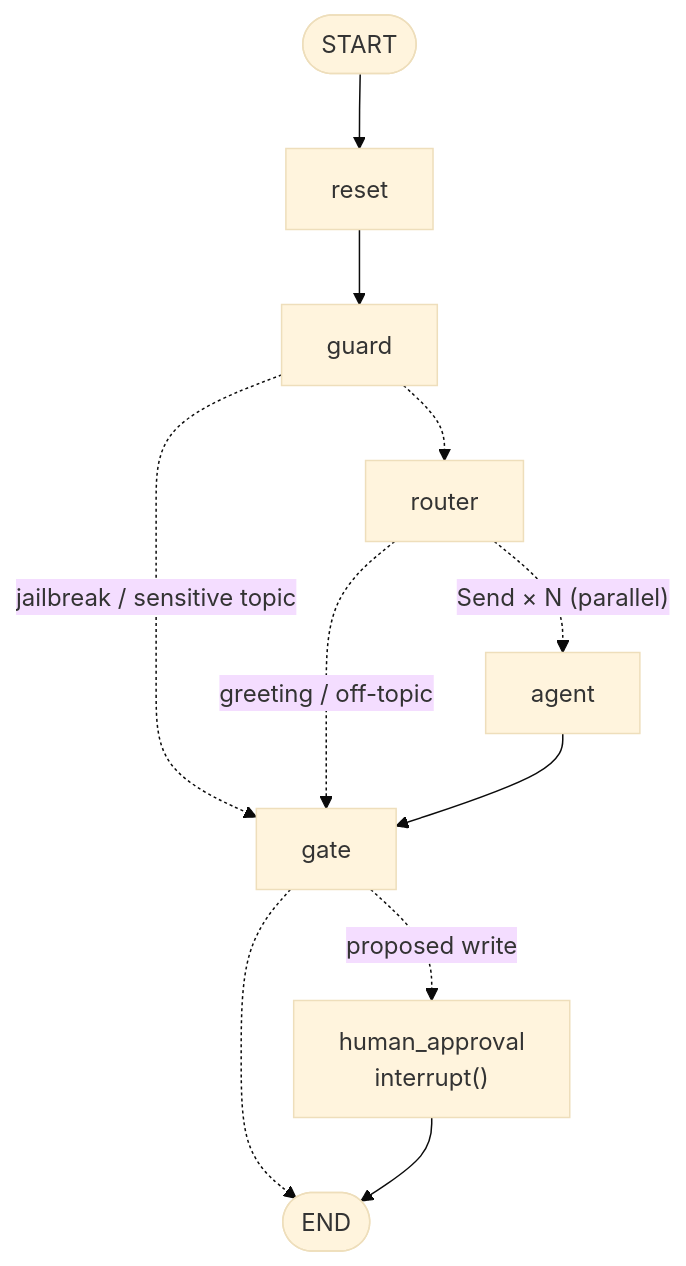
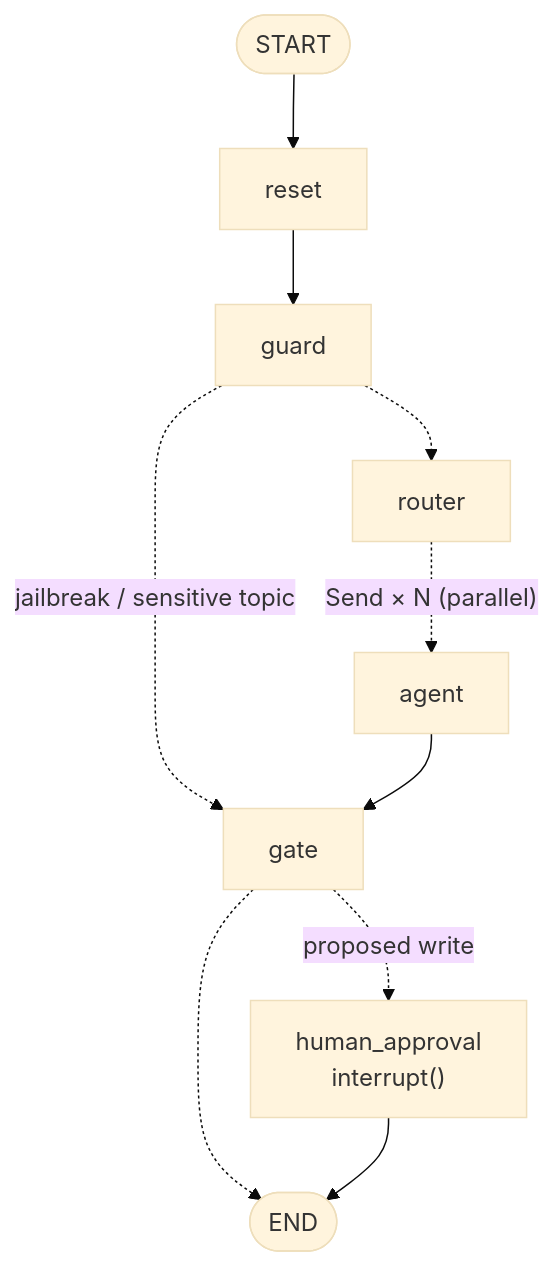
One commit to AbhiAbhi100/People-Os changed the second of 2 diagrams in README.md. Above: the diagram before and after it, drawn with Mermaid (base theme). The commit also changed other lines of this file and 12 other files, not shown here.

````diff
--- a/README.md
+++ b/README.md
@@ -53,12 +56,11 @@
 ```mermaid
 flowchart TB
   S([START]) --> reset --> guard
   guard -. jailbreak / sensitive topic .-> gate
   guard -.-> router
   router -. "Send × N (parallel)" .-> agent
-  router -. greeting / off-topic .-> gate
   agent --> gate
   gate -. proposed write .-> human_approval["human_approval<br/>interrupt()"]
   gate -.-> E([END])
   human_approval --> E
 ```
````
